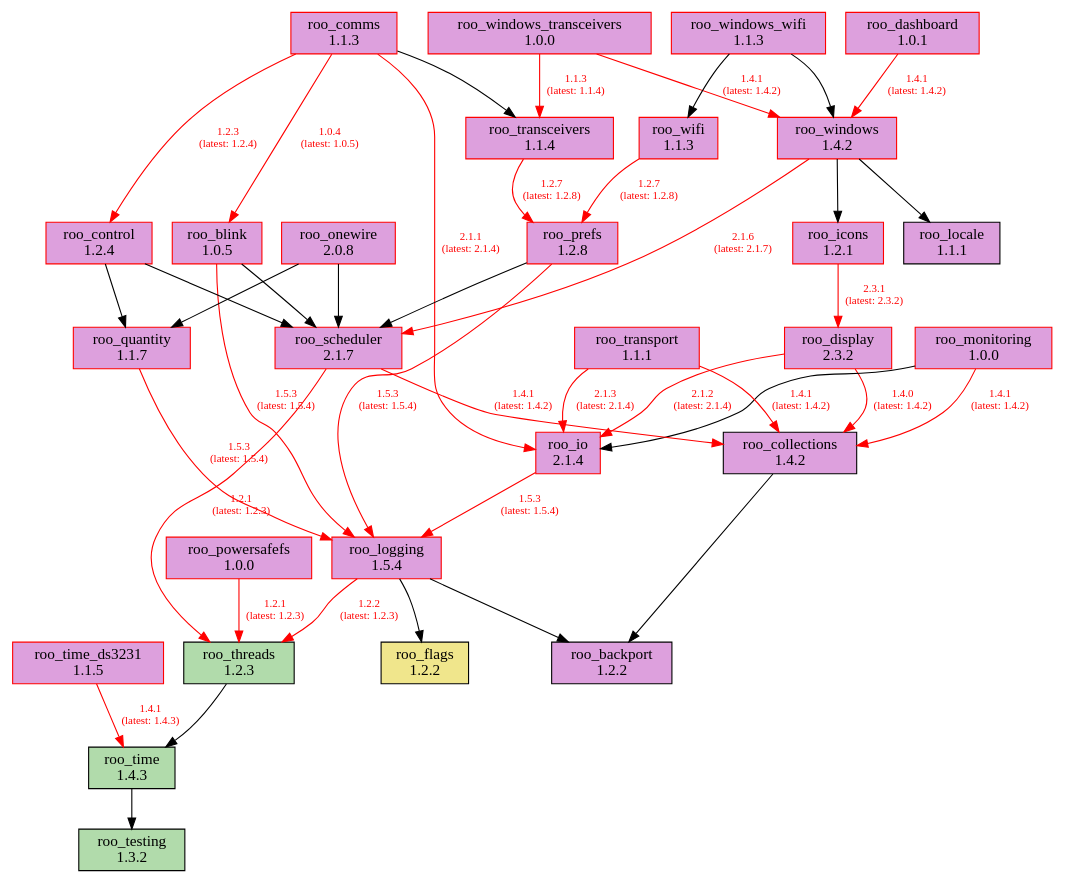
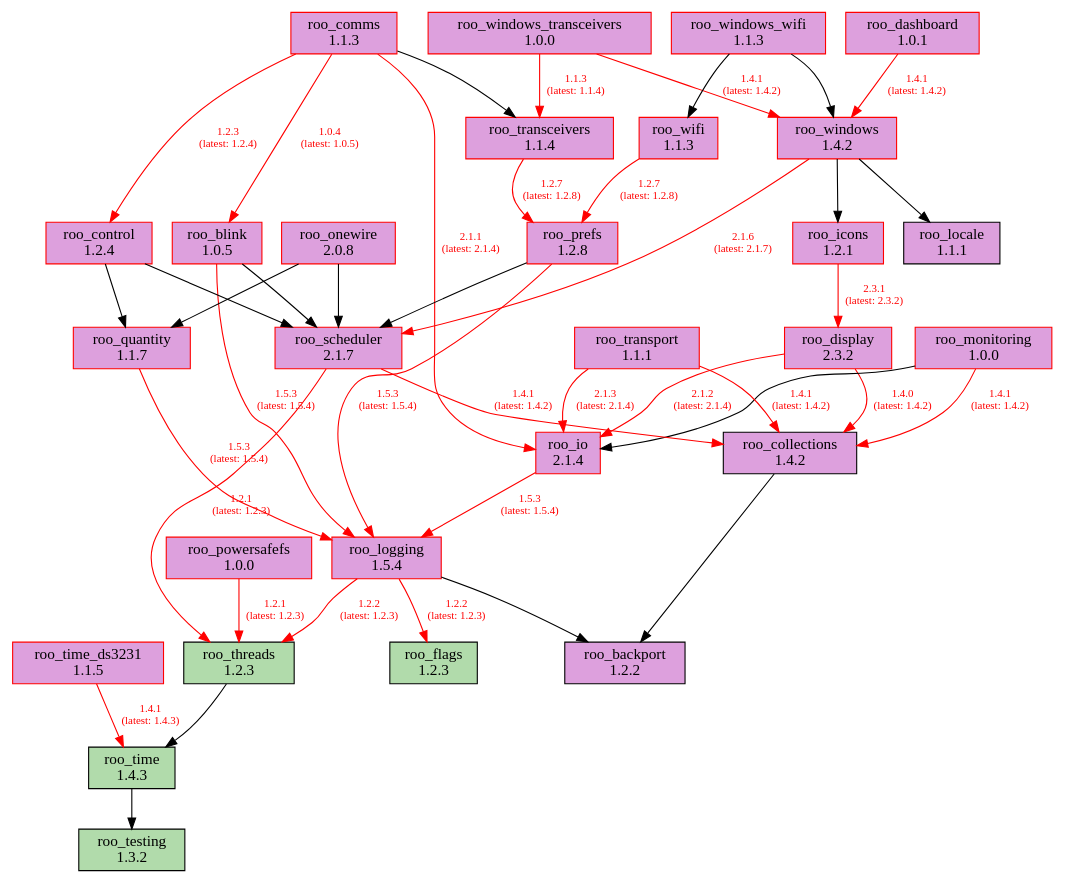
The diagram in doc/dependencies.dot (dejwk/roo-registry), drawn with Graphviz before and after one commit. The commit also changed 3 other files, not shown here.

Commit message:
Added roo_flags 1.2.3 to the registry.

```diff
--- a/doc/dependencies.dot
+++ b/doc/dependencies.dot
@@ -1,78 +1,78 @@
 digraph dependencies {
     rankdir=TB;
     node [shape=box, style=filled];
     edge [fontsize=10];
 
     // Modules
     "roo_backport" [label="roo_backport\n1.2.2", fillcolor="plum", color="black"];
     "roo_blink" [label="roo_blink\n1.0.5", fillcolor="plum", color="red"];
     "roo_collections" [label="roo_collections\n1.4.2", fillcolor="plum", color="black"];
     "roo_comms" [label="roo_comms\n1.1.3", fillcolor="plum", color="red"];
     "roo_control" [label="roo_control\n1.2.4", fillcolor="plum", color="red"];
     "roo_dashboard" [label="roo_dashboard\n1.0.1", fillcolor="plum", color="red"];
     "roo_display" [label="roo_display\n2.3.2", fillcolor="plum", color="red"];
-    "roo_flags" [label="roo_flags\n1.2.2", fillcolor="khaki", color="black"];
+    "roo_flags" [label="roo_flags\n1.2.3", fillcolor="#b1dbab", color="black"];
     "roo_icons" [label="roo_icons\n1.2.1", fillcolor="plum", color="red"];
     "roo_io" [label="roo_io\n2.1.4", fillcolor="plum", color="red"];
     "roo_locale" [label="roo_locale\n1.1.1", fillcolor="plum", color="black"];
     "roo_logging" [label="roo_logging\n1.5.4", fillcolor="plum", color="red"];
     "roo_monitoring" [label="roo_monitoring\n1.0.0", fillcolor="plum", color="red"];
     "roo_onewire" [label="roo_onewire\n2.0.8", fillcolor="plum", color="red"];
     "roo_powersafefs" [label="roo_powersafefs\n1.0.0", fillcolor="plum", color="red"];
     "roo_prefs" [label="roo_prefs\n1.2.8", fillcolor="plum", color="red"];
     "roo_quantity" [label="roo_quantity\n1.1.7", fillcolor="plum", color="red"];
     "roo_scheduler" [label="roo_scheduler\n2.1.7", fillcolor="plum", color="red"];
     "roo_testing" [label="roo_testing\n1.3.2", fillcolor="#b1dbab", color="black"];
     "roo_threads" [label="roo_threads\n1.2.3", fillcolor="#b1dbab", color="black"];
     "roo_time" [label="roo_time\n1.4.3", fillcolor="#b1dbab", color="black"];
     "roo_time_ds3231" [label="roo_time_ds3231\n1.1.5", fillcolor="plum", color="red"];
     "roo_transceivers" [label="roo_transceivers\n1.1.4", fillcolor="plum", color="red"];
     "roo_transport" [label="roo_transport\n1.1.1", fillcolor="plum", color="red"];
     "roo_wifi" [label="roo_wifi\n1.1.3", fillcolor="plum", color="red"];
     "roo_windows" [label="roo_windows\n1.4.2", fillcolor="plum", color="red"];
     "roo_windows_transceivers" [label="roo_windows_transceivers\n1.0.0", fillcolor="plum", color="red"];
     "roo_windows_wifi" [label="roo_windows_wifi\n1.1.3", fillcolor="plum", color="red"];
 
     // Dependencies
     "roo_blink" -> "roo_logging" [color=red, fontcolor=red, label="1.5.3\n(latest: 1.5.4)"];
     "roo_blink" -> "roo_scheduler";
     "roo_collections" -> "roo_backport";
     "roo_comms" -> "roo_blink" [color=red, fontcolor=red, label="1.0.4\n(latest: 1.0.5)"];
     "roo_comms" -> "roo_control" [color=red, fontcolor=red, label="1.2.3\n(latest: 1.2.4)"];
     "roo_comms" -> "roo_io" [color=red, fontcolor=red, label="2.1.1\n(latest: 2.1.4)"];
     "roo_comms" -> "roo_transceivers";
     "roo_control" -> "roo_quantity";
     "roo_control" -> "roo_scheduler";
     "roo_dashboard" -> "roo_windows" [color=red, fontcolor=red, label="1.4.1\n(latest: 1.4.2)"];
     "roo_display" -> "roo_collections" [color=red, fontcolor=red, label="1.4.0\n(latest: 1.4.2)"];
     "roo_display" -> "roo_io" [color=red, fontcolor=red, label="2.1.2\n(latest: 2.1.4)"];
     "roo_icons" -> "roo_display" [color=red, fontcolor=red, label="2.3.1\n(latest: 2.3.2)"];
     "roo_io" -> "roo_logging" [color=red, fontcolor=red, label="1.5.3\n(latest: 1.5.4)"];
     "roo_logging" -> "roo_backport";
-    "roo_logging" -> "roo_flags";
+    "roo_logging" -> "roo_flags" [color=red, fontcolor=red, label="1.2.2\n(latest: 1.2.3)"];
     "roo_logging" -> "roo_threads" [color=red, fontcolor=red, label="1.2.2\n(latest: 1.2.3)"];
     "roo_monitoring" -> "roo_collections" [color=red, fontcolor=red, label="1.4.1\n(latest: 1.4.2)"];
     "roo_monitoring" -> "roo_io";
     "roo_onewire" -> "roo_scheduler";
     "roo_onewire" -> "roo_quantity";
     "roo_powersafefs" -> "roo_threads" [color=red, fontcolor=red, label="1.2.1\n(latest: 1.2.3)"];
     "roo_prefs" -> "roo_logging" [color=red, fontcolor=red, label="1.5.3\n(latest: 1.5.4)"];
     "roo_prefs" -> "roo_scheduler";
     "roo_quantity" -> "roo_logging" [color=red, fontcolor=red, label="1.5.3\n(latest: 1.5.4)"];
     "roo_scheduler" -> "roo_collections" [color=red, fontcolor=red, label="1.4.1\n(latest: 1.4.2)"];
     "roo_scheduler" -> "roo_threads" [color=red, fontcolor=red, label="1.2.1\n(latest: 1.2.3)"];
     "roo_threads" -> "roo_time";
     "roo_time" -> "roo_testing";
     "roo_time_ds3231" -> "roo_time" [color=red, fontcolor=red, label="1.4.1\n(latest: 1.4.3)"];
     "roo_transceivers" -> "roo_prefs" [color=red, fontcolor=red, label="1.2.7\n(latest: 1.2.8)"];
     "roo_transport" -> "roo_collections" [color=red, fontcolor=red, label="1.4.1\n(latest: 1.4.2)"];
     "roo_transport" -> "roo_io" [color=red, fontcolor=red, label="2.1.3\n(latest: 2.1.4)"];
     "roo_wifi" -> "roo_prefs" [color=red, fontcolor=red, label="1.2.7\n(latest: 1.2.8)"];
     "roo_windows" -> "roo_locale";
     "roo_windows" -> "roo_icons";
     "roo_windows" -> "roo_scheduler" [color=red, fontcolor=red, label="2.1.6\n(latest: 2.1.7)"];
     "roo_windows_transceivers" -> "roo_transceivers" [color=red, fontcolor=red, label="1.1.3\n(latest: 1.1.4)"];
     "roo_windows_transceivers" -> "roo_windows" [color=red, fontcolor=red, label="1.4.1\n(latest: 1.4.2)"];
     "roo_windows_wifi" -> "roo_wifi";
     "roo_windows_wifi" -> "roo_windows";
 }
```
